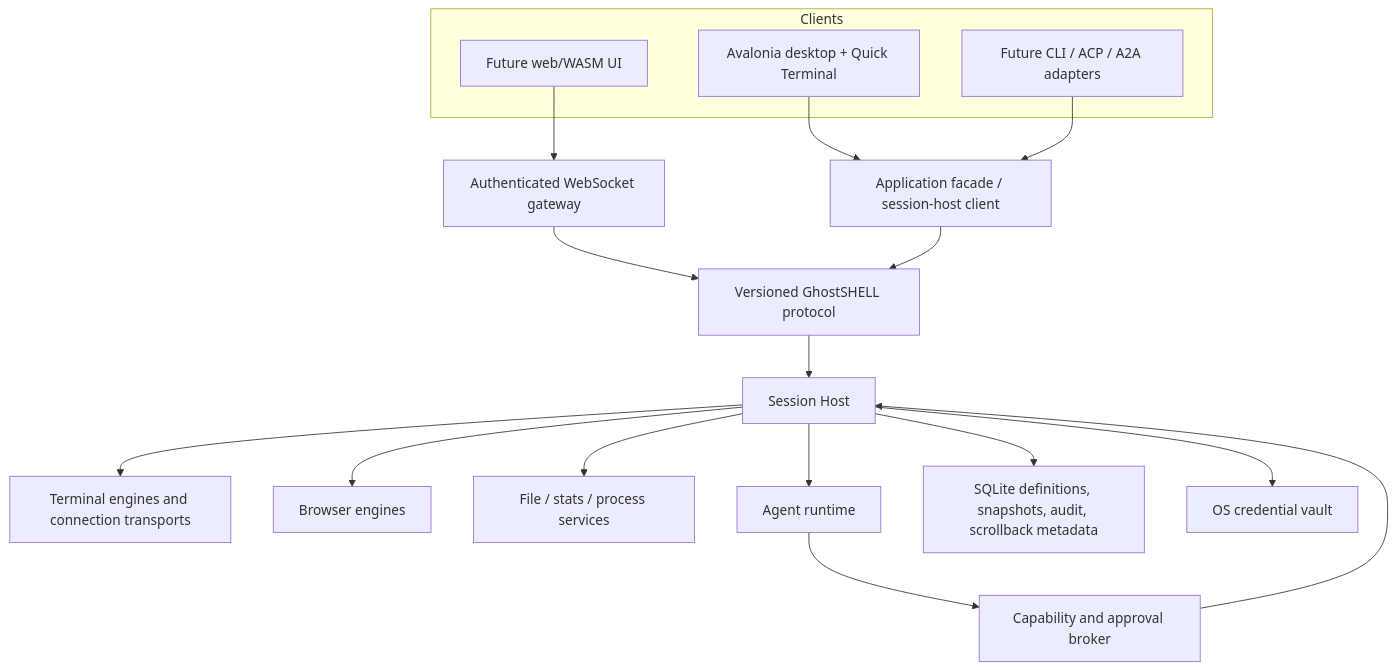
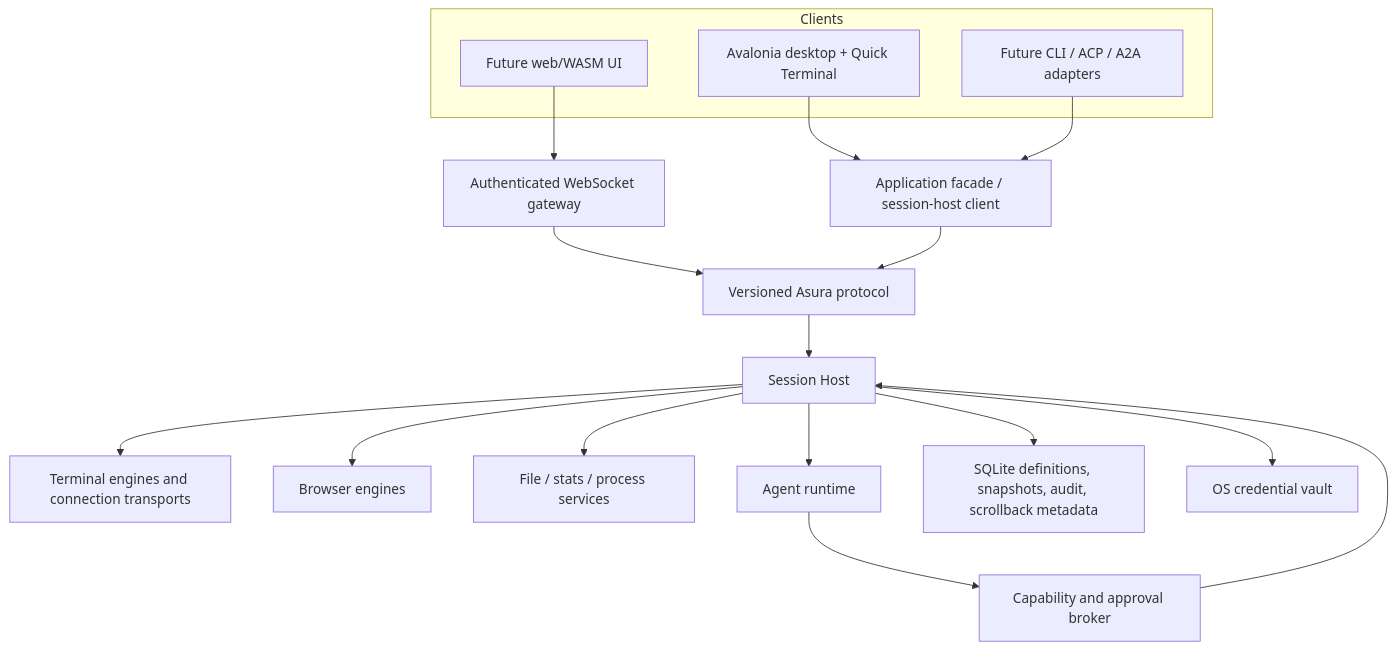
Before and after one commit to terion-labs/asura: the diagram in docs/architecture.md, drawn with Mermaid. The commit also changed other lines of this file and 6267 other files, not shown here.

````diff
--- a/docs/architecture.md
+++ b/docs/architecture.md
@@ -96,24 +96,24 @@
 ```mermaid
 flowchart TB
     subgraph Clients["Clients"]
         Desktop["Avalonia desktop + Quick Terminal"]
         Web["Future web/WASM UI"]
         CLI["Future CLI / ACP / A2A adapters"]
     end
 
     Desktop --> ClientAPI["Application facade / session-host client"]
     Web --> Gateway["Authenticated WebSocket gateway"]
     CLI --> ClientAPI
-    Gateway --> Protocol["Versioned GhostSHELL protocol"]
+    Gateway --> Protocol["Versioned Asura protocol"]
     ClientAPI --> Protocol
 
     Protocol --> Host["Session Host"]
     Host --> Terminal["Terminal engines and connection transports"]
     Host --> Browser["Browser engines"]
     Host --> Panels["File / stats / process services"]
     Host --> Agent["Agent runtime"]
     Agent --> Broker["Capability and approval broker"]
     Broker --> Host
     Host --> Store["SQLite definitions, snapshots, audit, scrollback metadata"]
     Host --> Vault["OS credential vault"]
 ```
````
